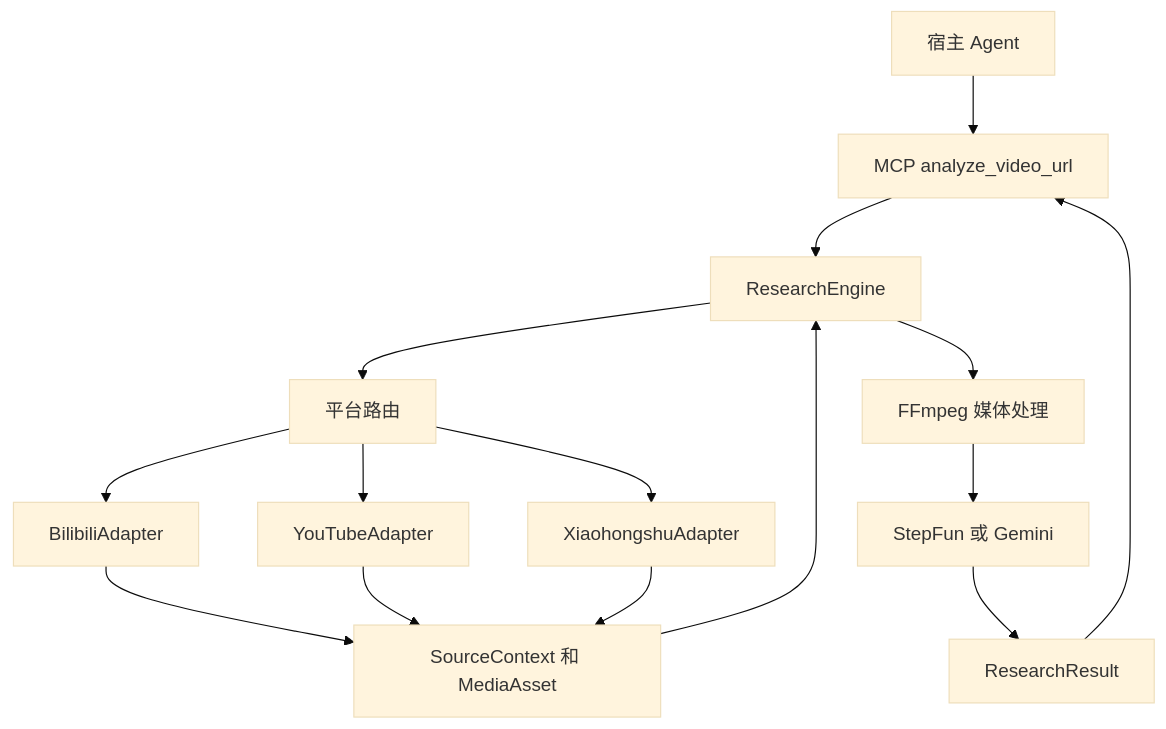
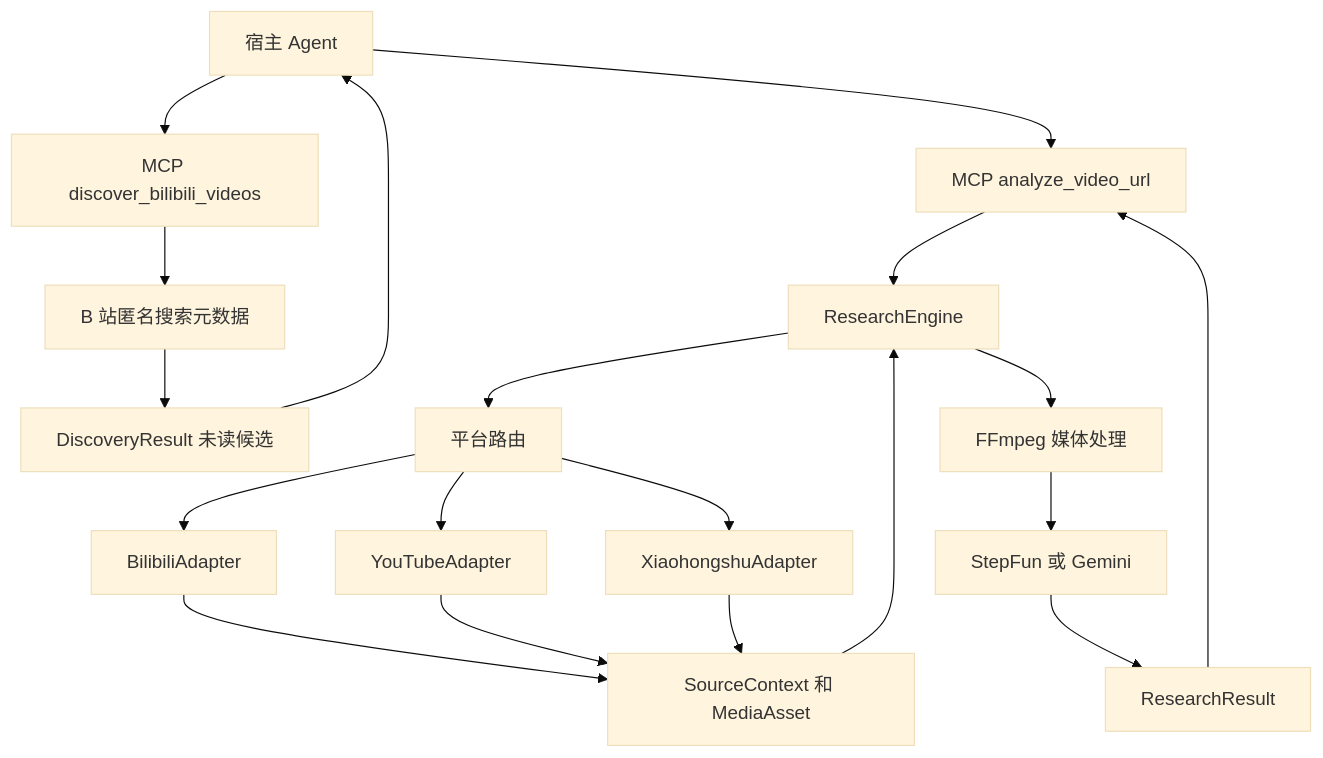
Before and after one commit to 7oMB2006/Catalyst: the diagram in docs/architecture.md, drawn with Mermaid (base theme). The commit also changed other lines of this file and 12 other files, not shown here.

Commit message:
feat: discover bounded Bilibili video candidates with search provenance

````diff
--- a/docs/architecture.md
+++ b/docs/architecture.md
@@ -13,17 +15,21 @@
 ```mermaid
 flowchart TD
   Host[宿主 Agent] --> MCP[MCP analyze_video_url]
+  Host --> Discovery[MCP discover_bilibili_videos]
+  Discovery --> Search[B 站匿名搜索元数据]
+  Search --> Candidates[DiscoveryResult 未读候选]
+  Candidates --> Host
   MCP --> Engine[ResearchEngine]
   Engine --> Route[平台路由]
   Route --> Bili[BilibiliAdapter]
   Route --> YT[YouTubeAdapter]
   Route --> XHS[XiaohongshuAdapter]
   Bili --> Source[SourceContext 和 MediaAsset]
   YT --> Source
   XHS --> Source
   Source --> Engine
   Engine --> Transform[FFmpeg 媒体处理]
   Transform --> Provider[StepFun 或 Gemini]
   Provider --> Result[ResearchResult]
   Result --> MCP
 ```
````
